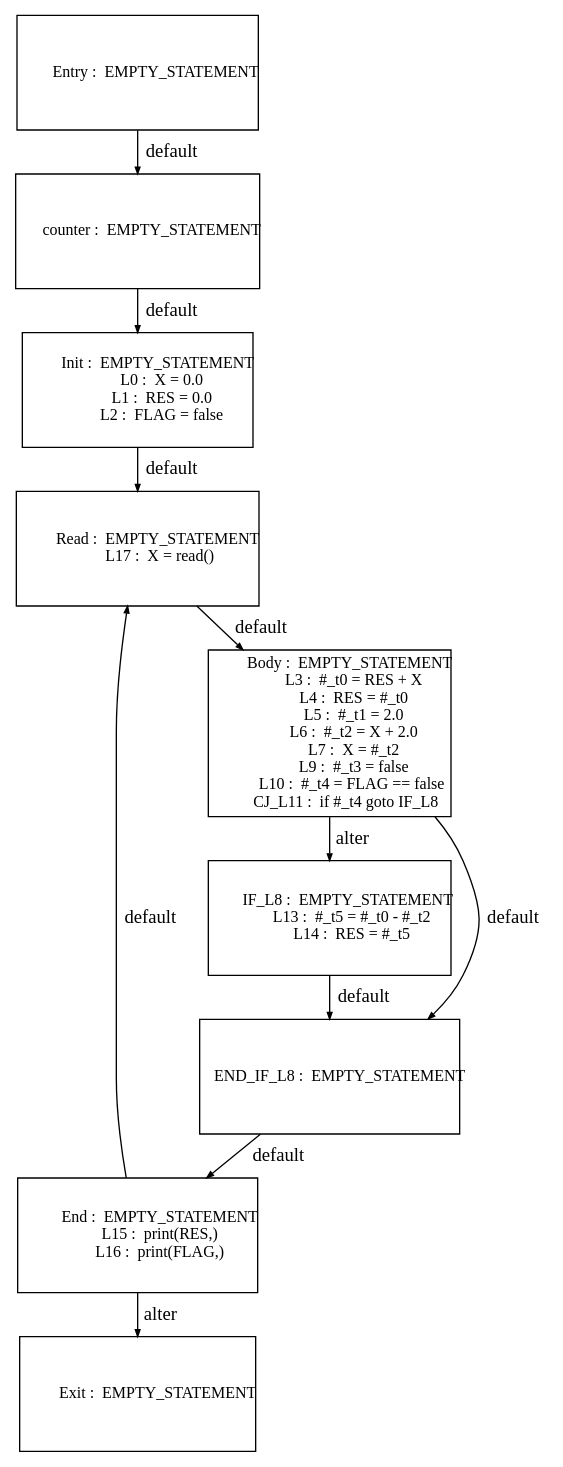
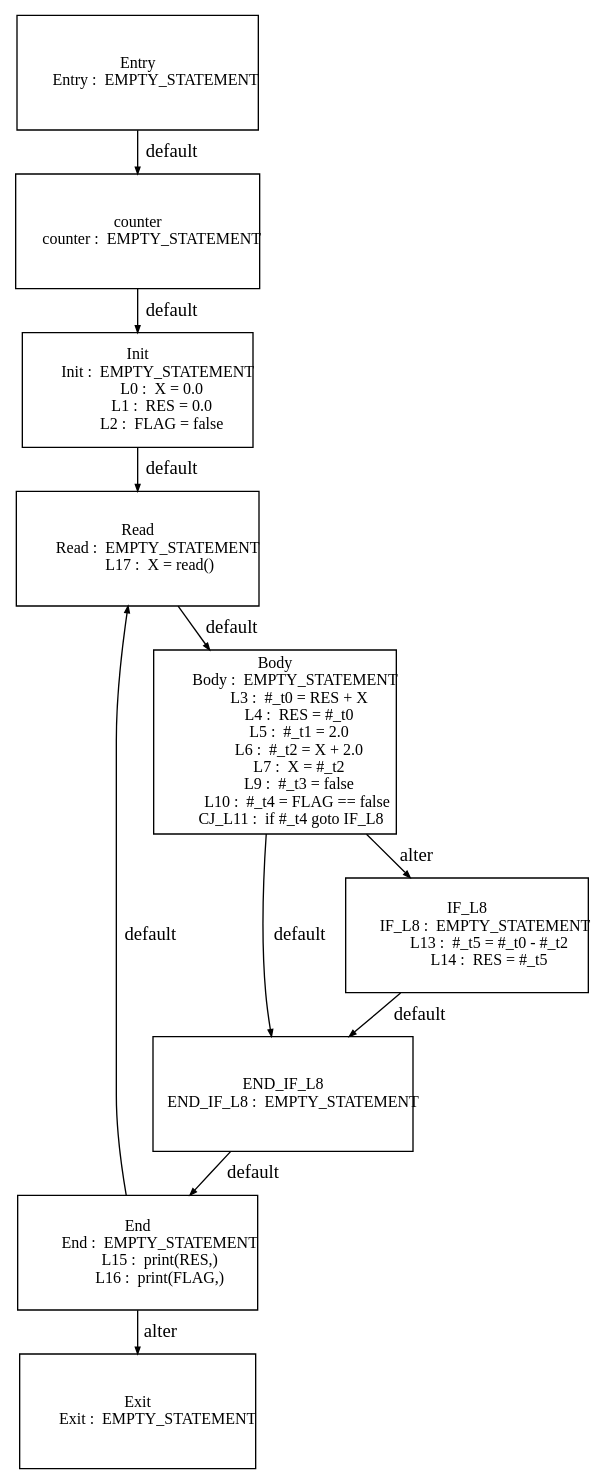
One commit to Geoffrey1014/ST_DSE changed the diagram in tests_programs/paper1_tests/counter_output/Graph_CP_0.dot. Above: the diagram before and after it, drawn with Graphviz. The commit also changed 172 other files, not shown here.

```diff
--- a/tests_programs/paper1_tests/counter_output/Graph_CP_0.dot
+++ b/tests_programs/paper1_tests/counter_output/Graph_CP_0.dot
@@ -1,105 +1,134 @@
 digraph G {
   ranksep=.25;
   edge [arrowsize=.5]
   node [shape=rectangle, fontname="ArialNarrow",
         fontsize=12,  height=1.2];
-  "        counter :  EMPTY_STATEMENT
-"; "           Init :  EMPTY_STATEMENT
+  "Init
+           Init :  EMPTY_STATEMENT
              L0 :  X = 0.0
              L1 :  RES = 0.0
              L2 :  FLAG = false
-"; "           Body :  EMPTY_STATEMENT
+"; "END_IF_L8
+      END_IF_L8 :  EMPTY_STATEMENT
+"; "End
+            End :  EMPTY_STATEMENT
+            L15 :  print(RES,)
+            L16 :  print(FLAG,)
+"; "Body
+           Body :  EMPTY_STATEMENT
              L3 :  #_t0 = RES + X
              L4 :  RES = #_t0
              L5 :  #_t1 = 2.0
              L6 :  #_t2 = X + 2.0
              L7 :  X = #_t2
              L9 :  #_t3 = false
             L10 :  #_t4 = FLAG == false
          CJ_L11 :  if #_t4 goto IF_L8
-"; "          IF_L8 :  EMPTY_STATEMENT
+"; "Entry
+          Entry :  EMPTY_STATEMENT
+"; "Read
+           Read :  EMPTY_STATEMENT
+            L17 :  X = read()
+"; "counter
+        counter :  EMPTY_STATEMENT
+"; "Exit
+           Exit :  EMPTY_STATEMENT
+"; "IF_L8
+          IF_L8 :  EMPTY_STATEMENT
             L13 :  #_t5 = #_t0 - #_t2
             L14 :  RES = #_t5
-"; "      END_IF_L8 :  EMPTY_STATEMENT
-"; "          Entry :  EMPTY_STATEMENT
-"; "            End :  EMPTY_STATEMENT
-            L15 :  print(RES,)
-            L16 :  print(FLAG,)
-"; "           Read :  EMPTY_STATEMENT
-            L17 :  X = read()
-"; "           Exit :  EMPTY_STATEMENT
 "; 
-  "        counter :  EMPTY_STATEMENT
-" -> "           Init :  EMPTY_STATEMENT
+  "counter
+        counter :  EMPTY_STATEMENT
+" -> "Init
+           Init :  EMPTY_STATEMENT
              L0 :  X = 0.0
              L1 :  RES = 0.0
              L2 :  FLAG = false
 "  [label="default"];
-  "           Init :  EMPTY_STATEMENT
+  "Init
+           Init :  EMPTY_STATEMENT
              L0 :  X = 0.0
              L1 :  RES = 0.0
              L2 :  FLAG = false
-" -> "           Read :  EMPTY_STATEMENT
+" -> "Read
+           Read :  EMPTY_STATEMENT
             L17 :  X = read()
 "  [label="default"];
-  "           Body :  EMPTY_STATEMENT
+  "Body
+           Body :  EMPTY_STATEMENT
              L3 :  #_t0 = RES + X
              L4 :  RES = #_t0
              L5 :  #_t1 = 2.0
              L6 :  #_t2 = X + 2.0
              L7 :  X = #_t2
              L9 :  #_t3 = false
             L10 :  #_t4 = FLAG == false
          CJ_L11 :  if #_t4 goto IF_L8
-" -> "      END_IF_L8 :  EMPTY_STATEMENT
+" -> "END_IF_L8
+      END_IF_L8 :  EMPTY_STATEMENT
 "  [label="default"];
-  "           Body :  EMPTY_STATEMENT
+  "Body
+           Body :  EMPTY_STATEMENT
              L3 :  #_t0 = RES + X
              L4 :  RES = #_t0
              L5 :  #_t1 = 2.0
              L6 :  #_t2 = X + 2.0
              L7 :  X = #_t2
              L9 :  #_t3 = false
             L10 :  #_t4 = FLAG == false
          CJ_L11 :  if #_t4 goto IF_L8
-" -> "          IF_L8 :  EMPTY_STATEMENT
+" -> "IF_L8
+          IF_L8 :  EMPTY_STATEMENT
             L13 :  #_t5 = #_t0 - #_t2
             L14 :  RES = #_t5
 "  [label="alter"];
-  "          IF_L8 :  EMPTY_STATEMENT
+  "IF_L8
+          IF_L8 :  EMPTY_STATEMENT
             L13 :  #_t5 = #_t0 - #_t2
             L14 :  RES = #_t5
-" -> "      END_IF_L8 :  EMPTY_STATEMENT
+" -> "END_IF_L8
+      END_IF_L8 :  EMPTY_STATEMENT
 "  [label="default"];
-  "      END_IF_L8 :  EMPTY_STATEMENT
-" -> "            End :  EMPTY_STATEMENT
+  "END_IF_L8
+      END_IF_L8 :  EMPTY_STATEMENT
+" -> "End
+            End :  EMPTY_STATEMENT
             L15 :  print(RES,)
             L16 :  print(FLAG,)
 "  [label="default"];
-  "          Entry :  EMPTY_STATEMENT
-" -> "        counter :  EMPTY_STATEMENT
+  "Entry
+          Entry :  EMPTY_STATEMENT
+" -> "counter
+        counter :  EMPTY_STATEMENT
 "  [label="default"];
-  "            End :  EMPTY_STATEMENT
+  "End
+            End :  EMPTY_STATEMENT
             L15 :  print(RES,)
             L16 :  print(FLAG,)
-" -> "           Read :  EMPTY_STATEMENT
+" -> "Read
+           Read :  EMPTY_STATEMENT
             L17 :  X = read()
 "  [label="default"];
-  "            End :  EMPTY_STATEMENT
+  "End
+            End :  EMPTY_STATEMENT
             L15 :  print(RES,)
             L16 :  print(FLAG,)
-" -> "           Exit :  EMPTY_STATEMENT
+" -> "Exit
+           Exit :  EMPTY_STATEMENT
 "  [label="alter"];
-  "           Read :  EMPTY_STATEMENT
+  "Read
+           Read :  EMPTY_STATEMENT
             L17 :  X = read()
-" -> "           Body :  EMPTY_STATEMENT
+" -> "Body
+           Body :  EMPTY_STATEMENT
              L3 :  #_t0 = RES + X
              L4 :  RES = #_t0
              L5 :  #_t1 = 2.0
              L6 :  #_t2 = X + 2.0
              L7 :  X = #_t2
              L9 :  #_t3 = false
             L10 :  #_t4 = FLAG == false
          CJ_L11 :  if #_t4 goto IF_L8
 "  [label="default"];
 }
```
